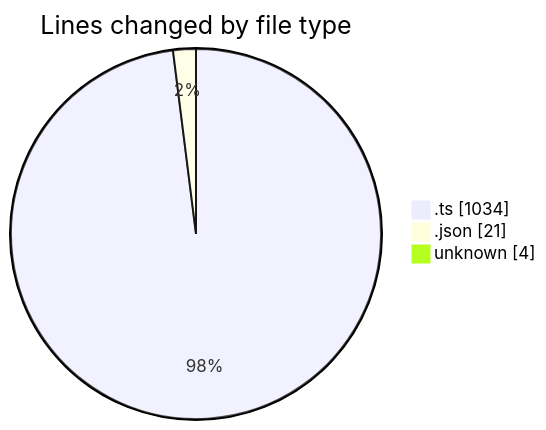
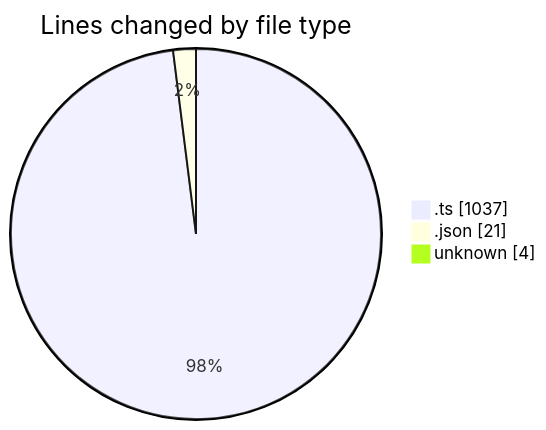
The first of 2 diagrams in 2026-02-03/singularitybrainai/README.md (tmsrecording-cyber/code-tracking), drawn with Mermaid before and after one commit. The commit also changed other lines of this file and 1 other file, not shown here.

````diff
--- a/2026-02-03/singularitybrainai/README.md
+++ b/2026-02-03/singularitybrainai/README.md
@@ -23,7 +23,7 @@
 ```mermaid
 pie showData
 title Lines changed by file type
-".ts" : 1034
+".ts" : 1037
 ".json" : 21
 "unknown" : 4
 ```
````
